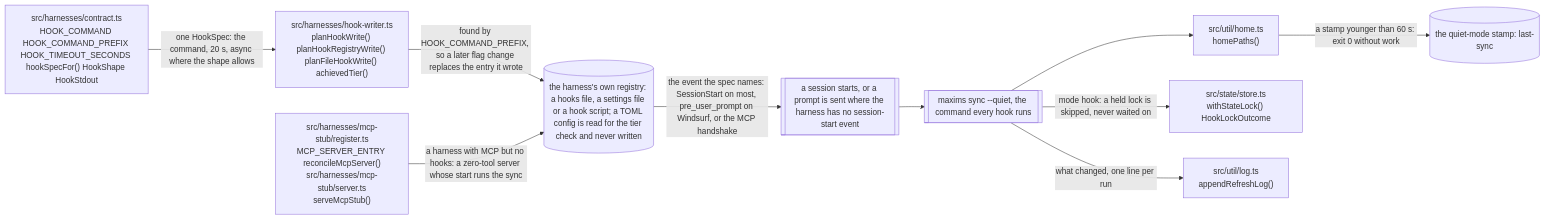
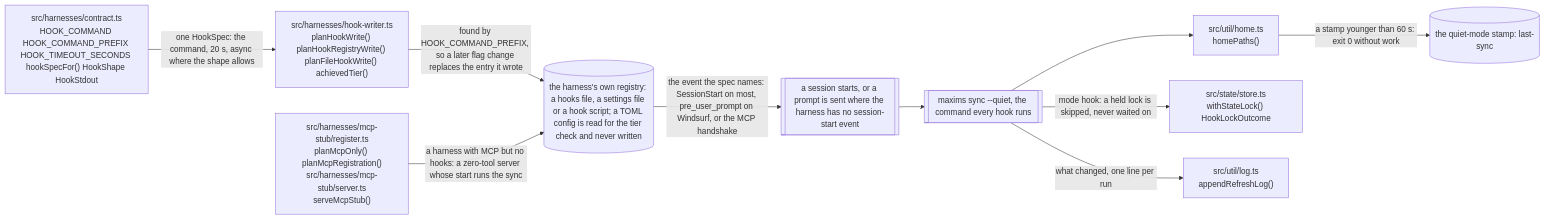
Before and after one commit to Vivswan/maxims: the seventh of 15 diagrams in docs/architecture.md, drawn with Mermaid. The commit also changed other lines of this file and 17 other files, not shown here.

Commit message:
feat(sync): plan and apply the MCP server registration beside the hook (#139)

````diff
--- a/docs/architecture.md
+++ b/docs/architecture.md
@@ -257,22 +257,22 @@
 ```mermaid
 flowchart LR
   contract["src/harnesses/contract.ts<br>HOOK_COMMAND HOOK_COMMAND_PREFIX HOOK_TIMEOUT_SECONDS hookSpecFor() HookShape HookStdout"]
   writer["src/harnesses/hook-writer.ts<br>planHookWrite() planHookRegistryWrite() planFileHookWrite() achievedTier()"]
-  mcp["src/harnesses/mcp-stub/register.ts<br>MCP_SERVER_ENTRY reconcileMcpServer()<br>src/harnesses/mcp-stub/server.ts<br>serveMcpStub()"]
+  mcp["src/harnesses/mcp-stub/register.ts<br>planMcpOnly() planMcpRegistration()<br>src/harnesses/mcp-stub/server.ts<br>serveMcpStub()"]
   registry[("the harness's own registry: a hooks file, a settings file or a hook script; a TOML config is read for the tier check and never written")]
   session[["a session starts, or a prompt is sent where the harness has no session-start event"]]
   sync[["maxims sync --quiet, the command every hook runs"]]
   home["src/util/home.ts<br>homePaths()"]
   stamp[("the quiet-mode stamp: last-sync")]
   store["src/state/store.ts<br>withStateLock() HookLockOutcome"]
   log["src/util/log.ts<br>appendRefreshLog()"]
   contract -->|"one HookSpec: the command, 20 s, async where the shape allows"| writer
   writer -->|"found by HOOK_COMMAND_PREFIX, so a later flag change replaces the entry it wrote"| registry
   mcp -->|"a harness with MCP but no hooks: a zero-tool server whose start runs the sync"| registry
   registry -->|"the event the spec names: SessionStart on most, pre_user_prompt on Windsurf, or the MCP handshake"| session
   session --> sync
   sync --> home
   home -->|"a stamp younger than 60 s: exit 0 without work"| stamp
   sync -->|"mode hook: a held lock is skipped, never waited on"| store
   sync -->|"what changed, one line per run"| log
 ```
````
